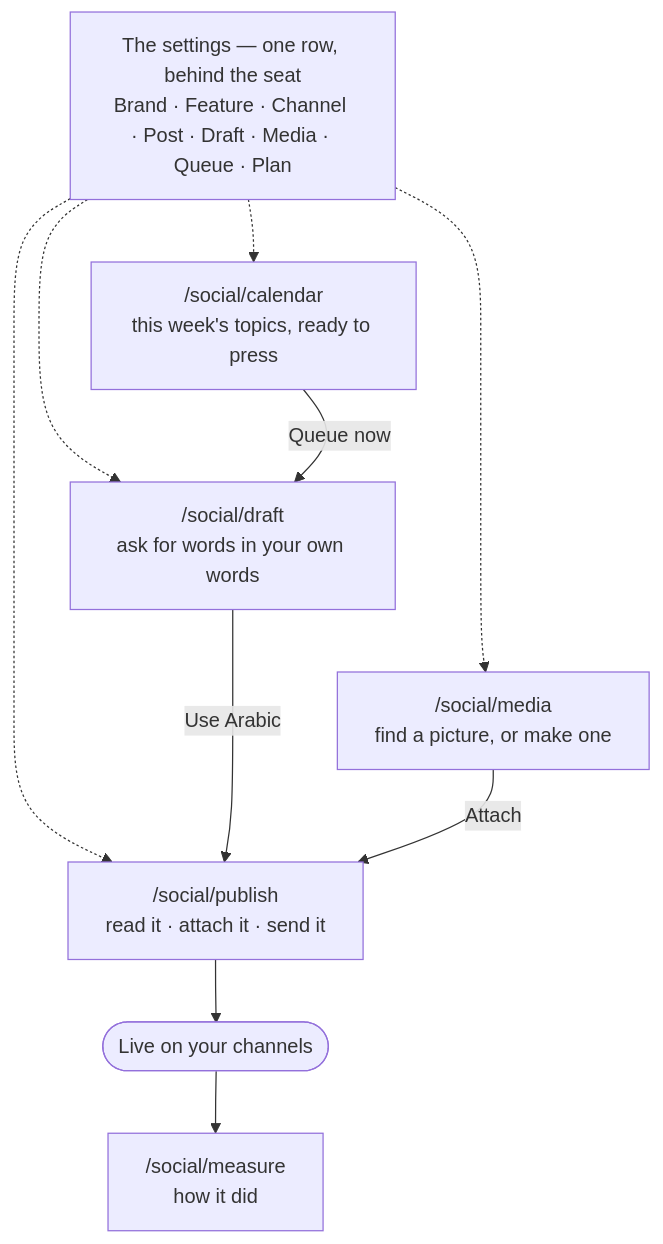
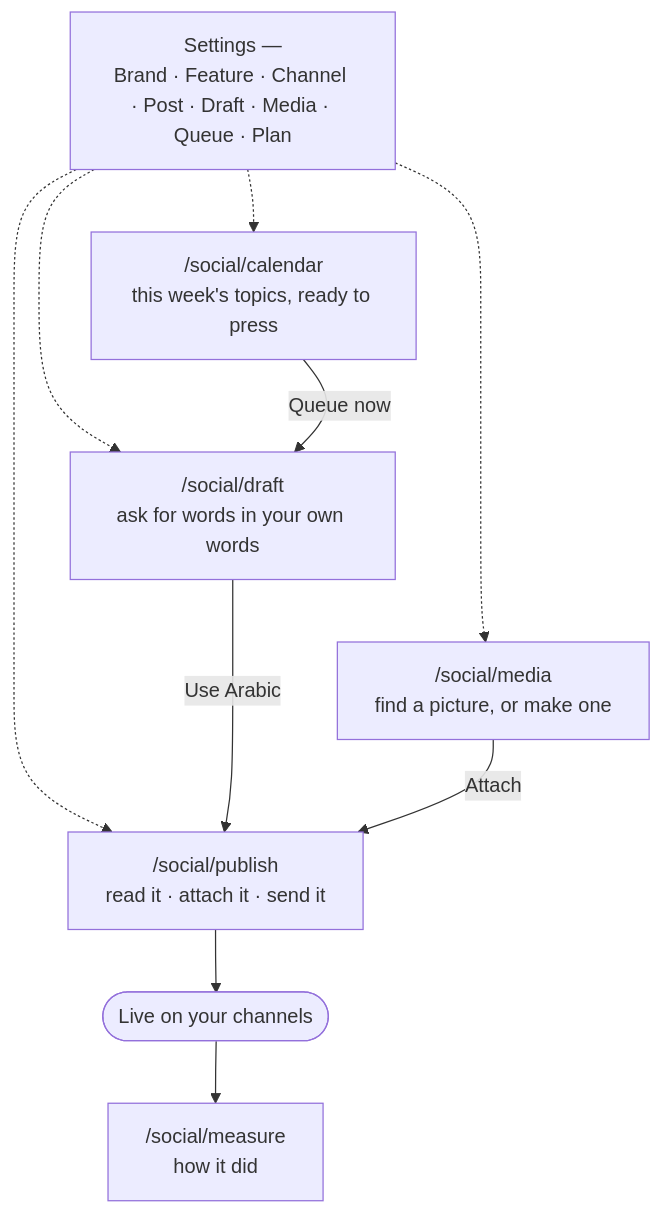
Before and after one commit to databayt/kun: the first of 3 diagrams in content/docs/social/index.mdx, drawn with Mermaid.

Commit message:
docs(social): the settings box says Settings
"The settings — one row, behind the seat" was describing the box while
standing inside it. The eight words underneath already say what it is.

````diff
--- a/content/docs/social/index.mdx
+++ b/content/docs/social/index.mdx
@@ -17,21 +17,21 @@
 ```mermaid
 graph TD
-    CFG["The settings — one row, behind the seat<br/>Brand · Feature · Channel · Post · Draft · Media · Queue · Plan"]
+    CFG["Settings —<br/>Brand · Feature · Channel · Post · Draft · Media · Queue · Plan"]
     CAL["/social/calendar<br/>this week's topics, ready to press"]
     DRA["/social/draft<br/>ask for words in your own words"]
     MED["/social/media<br/>find a picture, or make one"]
     PUB["/social/publish<br/>read it · attach it · send it"]
     MEA["/social/measure<br/>how it did"]
     LIVE(["Live on your channels"])
 
     CFG -.-> CAL
     CFG -.-> DRA
     CFG -.-> MED
     CFG -.-> PUB
 
     CAL ~~~ DRA ~~~ MED
     CAL -->|"Queue now"| DRA
     DRA -->|"Use Arabic"| PUB
     MED -->|"Attach"| PUB
     PUB --> LIVE --> MEA
 ```
````
